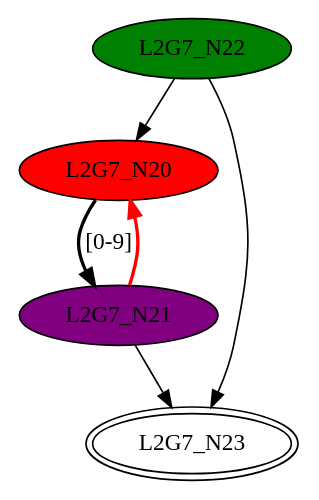
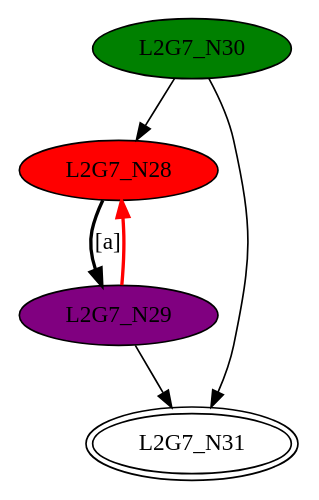
One commit to GDimitroulakos/EDUFLEX changed the diagram in DFASimulator/Testbench/Closure_G7.dot. Above: the diagram before and after it, drawn with Graphviz. The commit also changed 216 other files, not shown here.

```diff
--- a/DFASimulator/Testbench/Closure_G7.dot
+++ b/DFASimulator/Testbench/Closure_G7.dot
@@ -1,11 +1,11 @@
 digraph G7{
-"L2G7_N20" [style=filled,fillcolor=red];
-"L2G7_N21" [style=filled,fillcolor=purple];
-"L2G7_N22" [style=filled,fillcolor=green];
-"L2G7_N23" [peripheries=2];
-"L2G7_N20"->"L2G7_N21" [style = bold, label = "[0-9]"];
-"L2G7_N22"->"L2G7_N20";
-"L2G7_N21"->"L2G7_N23";
-"L2G7_N22"->"L2G7_N23";
-"L2G7_N21"->"L2G7_N20" [color=red,style = bold, label = ""];
+"L2G7_N28" [style=filled,fillcolor=red];
+"L2G7_N29" [style=filled,fillcolor=purple];
+"L2G7_N30" [style=filled,fillcolor=green];
+"L2G7_N31" [peripheries=2];
+"L2G7_N28"->"L2G7_N29" [style = bold, label = "[a]"];
+"L2G7_N30"->"L2G7_N28";
+"L2G7_N29"->"L2G7_N31";
+"L2G7_N30"->"L2G7_N31";
+"L2G7_N29"->"L2G7_N28" [color=red,style = bold, label = ""];
 }
```
